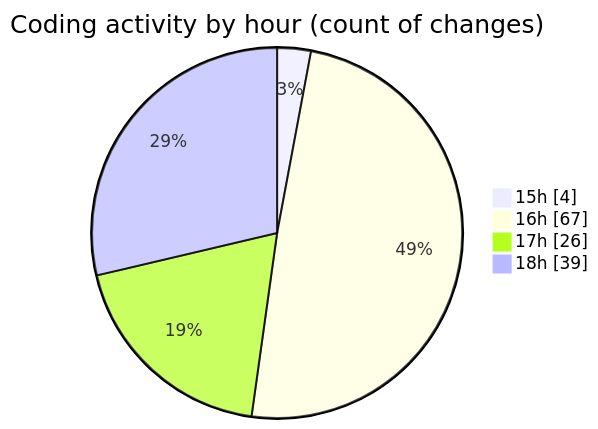
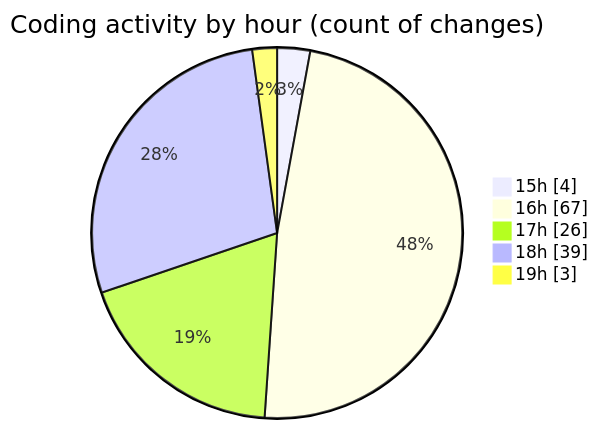
Before and after one commit to Ritupan-Deka/code-tracking: the second of 2 diagrams in 2025-05-26/zip_file/README.md, drawn with Mermaid. The commit also changed other lines of this file and 1 other file, not shown here.

````diff
--- a/2025-05-26/zip_file/README.md
+++ b/2025-05-26/zip_file/README.md
@@ -43,8 +44,9 @@
 ```mermaid
 pie showData
 title Coding activity by hour (count of changes)
 "15h" : 4
 "16h" : 67
 "17h" : 26
 "18h" : 39
+"19h" : 3
 ```
````
